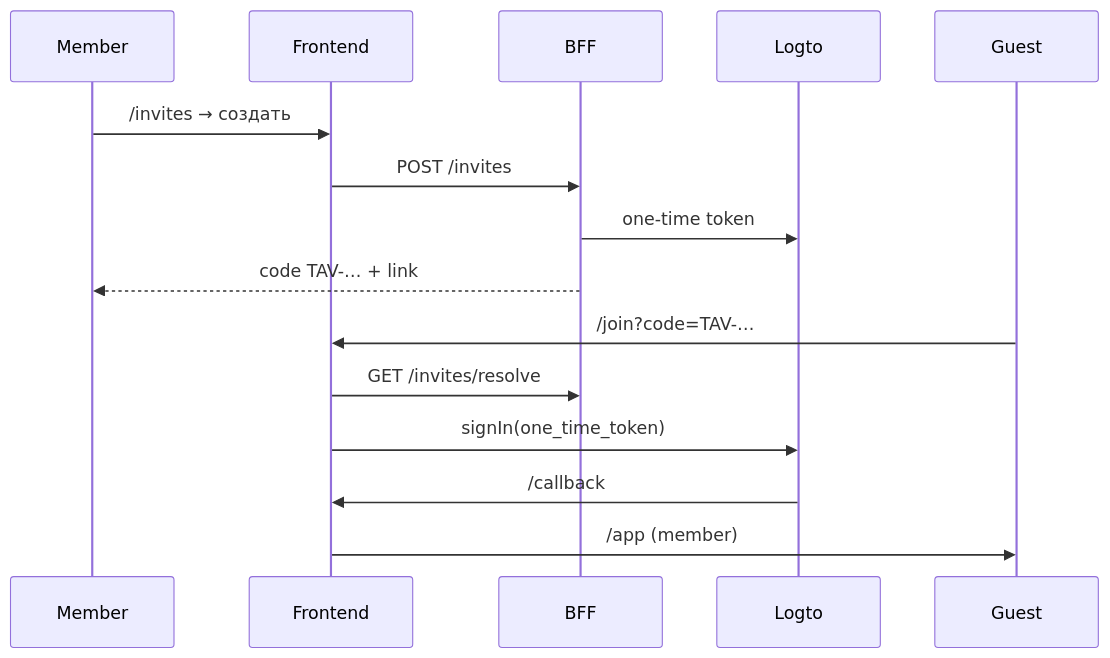
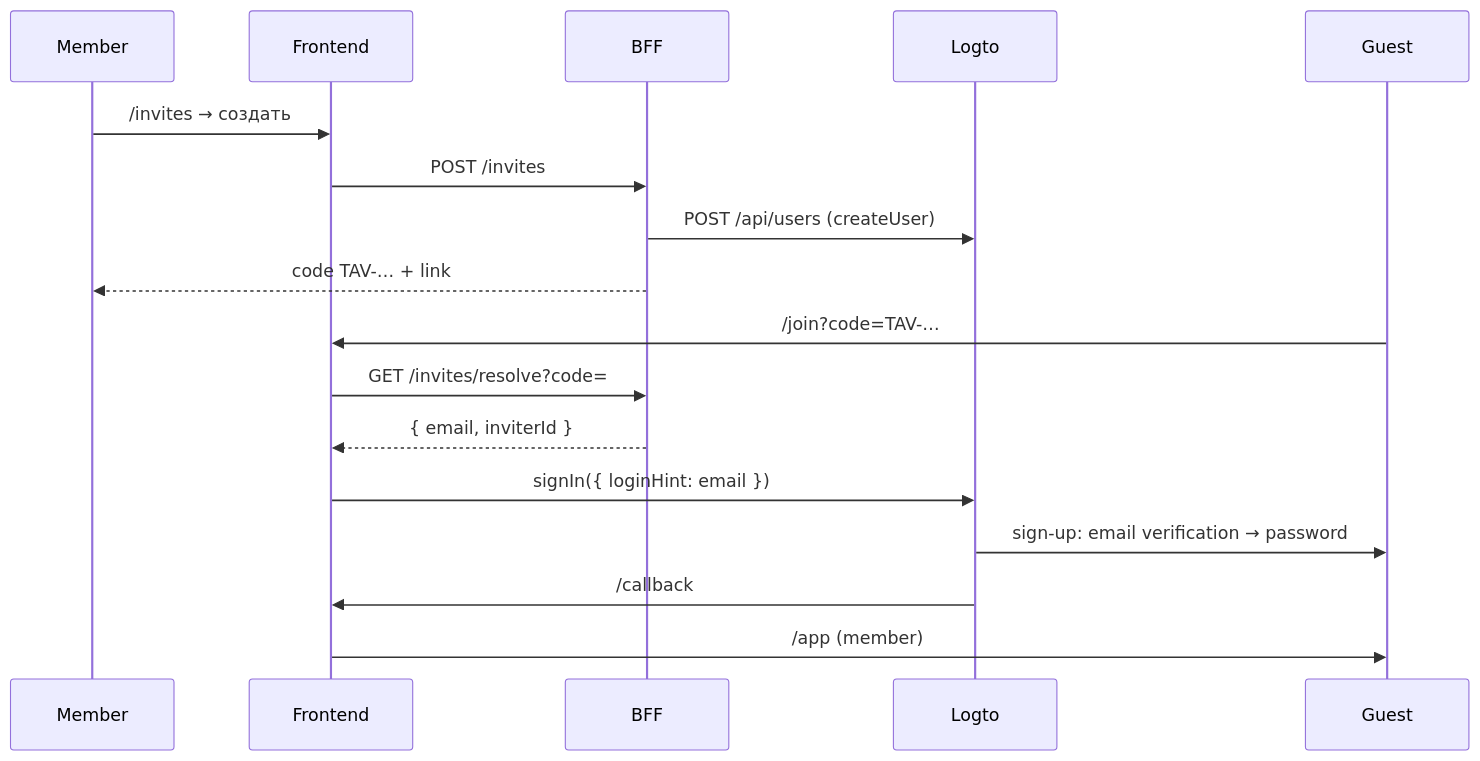
The diagram in docs/14-frontend/logto-setup.md (andrewb76/tavrida), drawn with Mermaid before and after one commit. The commit also changed other lines of this file and 21 other files, not shown here.

First line of the commit message:
feat(invite): replace one-time token with createUser + loginHint

````diff
--- a/docs/14-frontend/logto-setup.md
+++ b/docs/14-frontend/logto-setup.md
@@ -160,19 +160,21 @@
 ```mermaid
 sequenceDiagram
   participant M as Member
   participant F as Frontend
   participant B as BFF
   participant L as Logto
   participant V as Guest
 
   M->>F: /invites → создать
   F->>B: POST /invites
-  B->>L: one-time token
+  B->>L: POST /api/users (createUser)
   B-->>M: code TAV-… + link
 
   V->>F: /join?code=TAV-…
-  F->>B: GET /invites/resolve
-  F->>L: signIn(one_time_token)
+  F->>B: GET /invites/resolve?code=
+  B-->>F: { email, inviterId }
+  F->>L: signIn({ loginHint: email })
+  L->>V: sign-up: email verification → password
   L->>F: /callback
   F->>V: /app (member)
 ```
````
